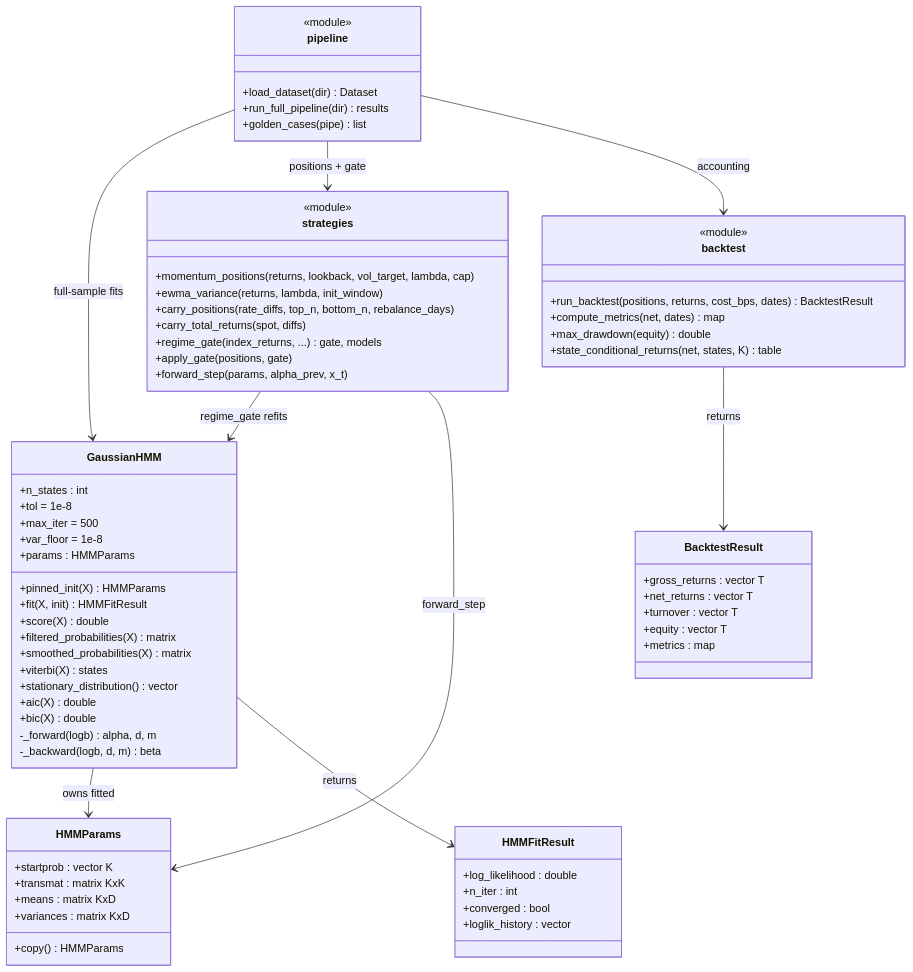
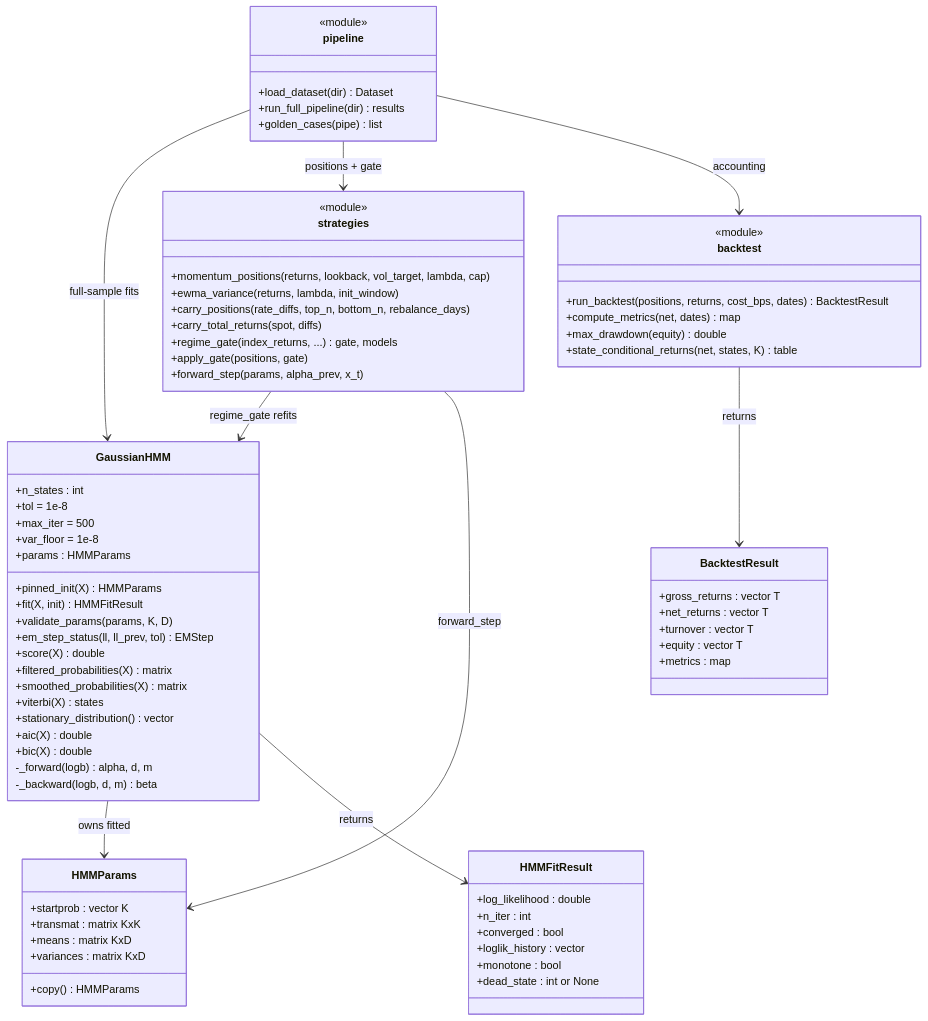
One commit to AshJha0/regime-aware-trading changed the second of 3 diagrams in docs/ARCHITECTURE.md. Above: the diagram before and after it, drawn with Mermaid. The commit also changed other lines of this file and 62 other files, not shown here.

```diff
--- a/docs/ARCHITECTURE.md
+++ b/docs/ARCHITECTURE.md
@@ -91,6 +91,8 @@
         +n_iter : int
         +converged : bool
         +loglik_history : vector
+        +monotone : bool
+        +dead_state : int or None
     }
 
     class GaussianHMM {
@@ -101,6 +103,8 @@
         +params : HMMParams
         +pinned_init(X) HMMParams
         +fit(X, init) HMMFitResult
+        +validate_params(params, K, D)
+        +em_step_status(ll, ll_prev, tol) EMStep
         +score(X) double
         +filtered_probabilities(X) matrix
         +smoothed_probabilities(X) matrix
```
